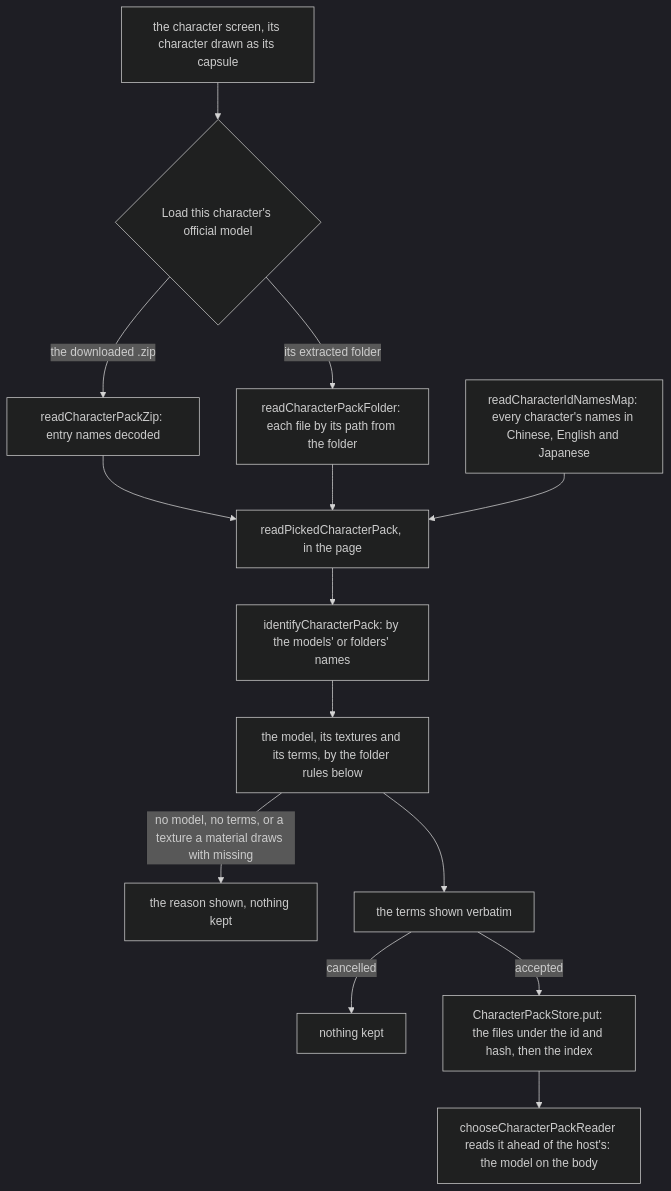
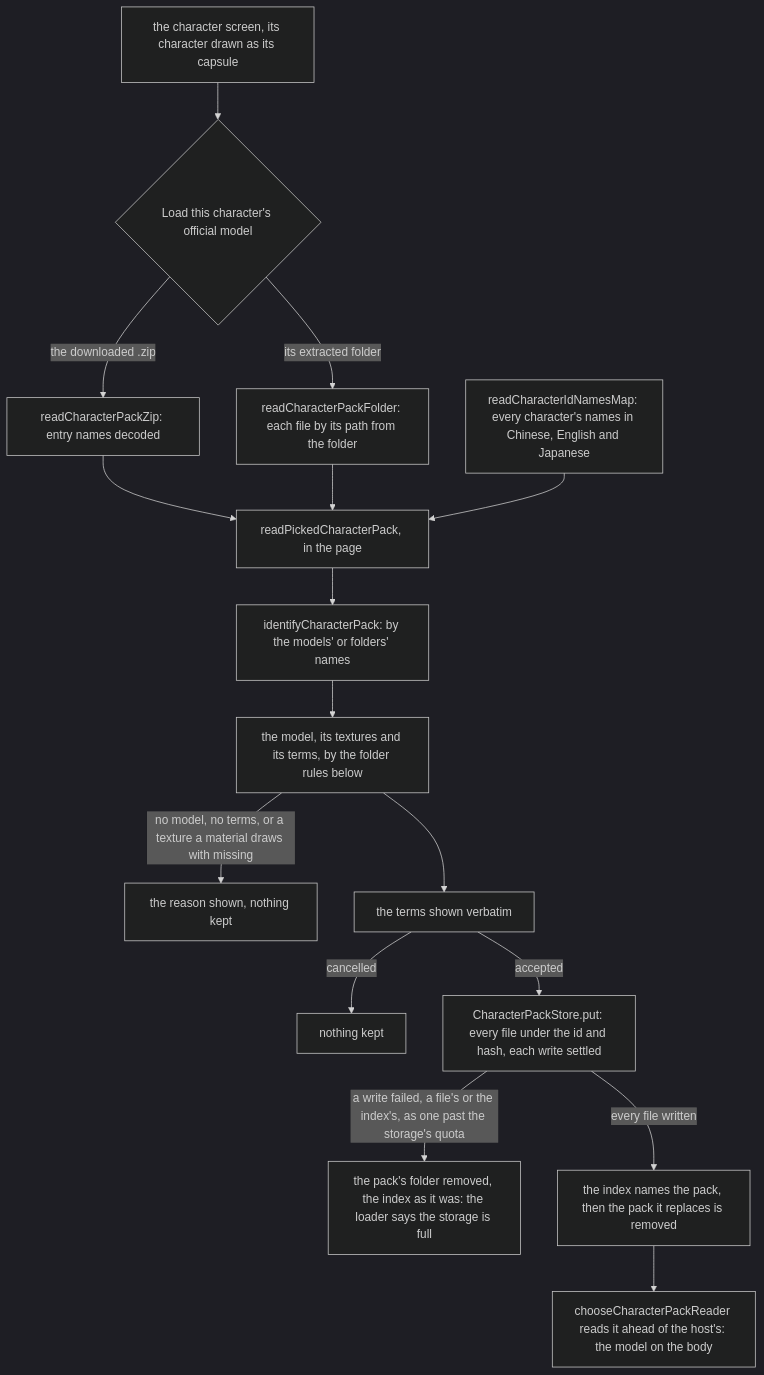
One commit to Esposter/Esposter changed the second of 3 diagrams in apps/web/content/docs/genshin/characters.md. Above: the diagram before and after it, drawn with Mermaid (dark theme). The commit also changed other lines of this file and 13 other files, not shown here.

First line of the commit message:
fix(genshin-world): a drawn model's terms are shown on the character screen, a pack the browser cannot keep is removed and said so, and a lost index is rebuilt from the packs' folders

````diff
--- a/apps/web/content/docs/genshin/characters.md
+++ b/apps/web/content/docs/genshin/characters.md
@@ -45,16 +45,18 @@
 ```mermaid
 flowchart TD
   OPEN["the character screen, its character drawn as its capsule"] --> PICK{"Load this character's official model"}
   PICK -->|"the downloaded .zip"| ZIP["readCharacterPackZip: entry names decoded"]
   PICK -->|"its extracted folder"| FOLDER["readCharacterPackFolder: each file by its path from the folder"]
   ZIP --> READ["readPickedCharacterPack, in the page"]
   FOLDER --> READ
   NAMES["readCharacterIdNamesMap: every character's names in Chinese, English and Japanese"] --> READ
   READ --> WHO["identifyCharacterPack: by the models' or folders' names"]
   WHO --> RULES["the model, its textures and its terms, by the folder rules below"]
   RULES -->|"no model, no terms, or a texture a material draws with missing"| REFUSED["the reason shown, nothing kept"]
   RULES --> TERMS["the terms shown verbatim"]
   TERMS -->|cancelled| DROPPED["nothing kept"]
-  TERMS -->|accepted| PUT["CharacterPackStore.put: the files under the id and hash, then the index"]
-  PUT --> DRAW["chooseCharacterPackReader reads it ahead of the host's: the model on the body"]
+  TERMS -->|accepted| PUT["CharacterPackStore.put: every file under the id and hash, each write settled"]
+  PUT -->|"a write failed, a file's or the index's, as one past the storage's quota"| UNKEPT["the pack's folder removed, the index as it was: the loader says the storage is full"]
+  PUT -->|"every file written"| INDEXED["the index names the pack, then the pack it replaces is removed"]
+  INDEXED --> DRAW["chooseCharacterPackReader reads it ahead of the host's: the model on the body"]
 ```
````
